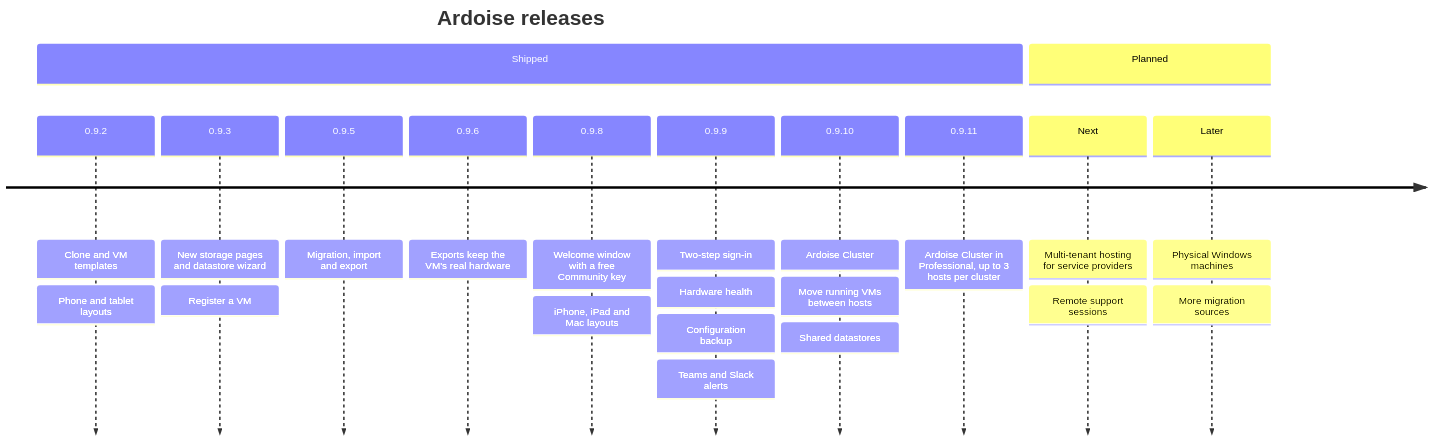
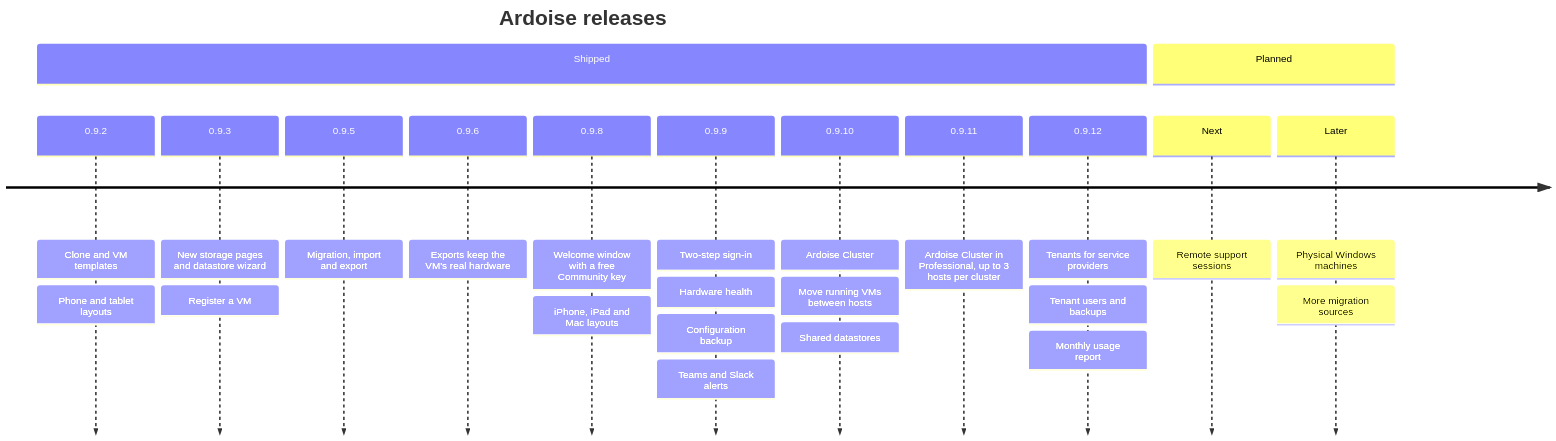
Before and after one commit to neolabs-cloud/ardoise-releases: the diagram in README.md, drawn with Mermaid. The commit also changed other lines of this file, not shown here.

Commit message:
Update the releases page

````diff
--- a/README.md
+++ b/README.md
@@ -253,16 +254,17 @@
 ```mermaid
 timeline
     title Ardoise releases
     section Shipped
         0.9.2 : Clone and VM templates : Phone and tablet layouts
         0.9.3 : New storage pages and datastore wizard : Register a VM
         0.9.5 : Migration, import and export
         0.9.6 : Exports keep the VM's real hardware
         0.9.8 : Welcome window with a free Community key : iPhone, iPad and Mac layouts
         0.9.9 : Two-step sign-in : Hardware health : Configuration backup : Teams and Slack alerts
         0.9.10 : Ardoise Cluster : Move running VMs between hosts : Shared datastores
         0.9.11 : Ardoise Cluster in Professional, up to 3 hosts per cluster
+        0.9.12 : Tenants for service providers : Tenant users and backups : Monthly usage report
     section Planned
-        Next : Multi-tenant hosting for service providers : Remote support sessions
+        Next : Remote support sessions
         Later : Physical Windows machines : More migration sources
 ```
````
